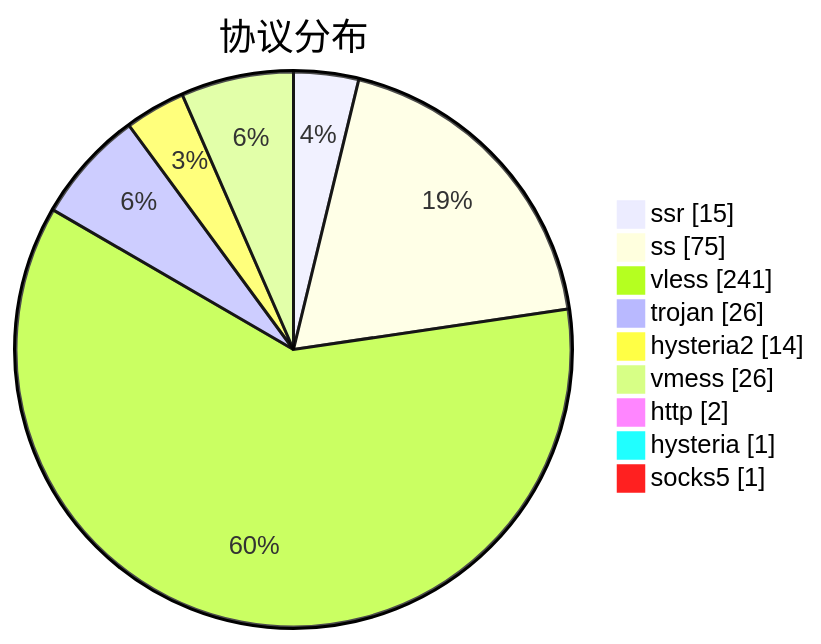
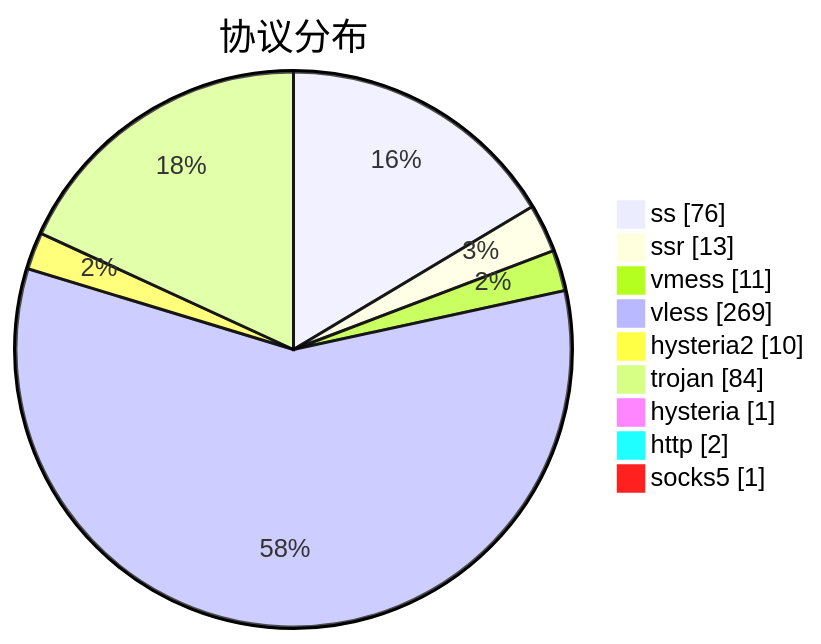
The third of 3 diagrams in subs/statistics/tested_within.md (sinspired/airport), drawn with Mermaid before and after one commit. The commit also changed other lines of this file and 2 other files, not shown here.

````diff
--- a/subs/statistics/tested_within.md
+++ b/subs/statistics/tested_within.md
@@ -48,13 +48,13 @@
 ```mermaid
 pie showData
 title 协议分布
-"ssr" : 15
-"ss" : 75
-"vless" : 241
-"trojan" : 26
-"hysteria2" : 14
-"vmess" : 26
+"ss" : 76
+"ssr" : 13
+"vmess" : 11
+"vless" : 269
+"hysteria2" : 10
+"trojan" : 84
+"hysteria" : 1
 "http" : 2
-"hysteria" : 1
 "socks5" : 1
 ```
````
